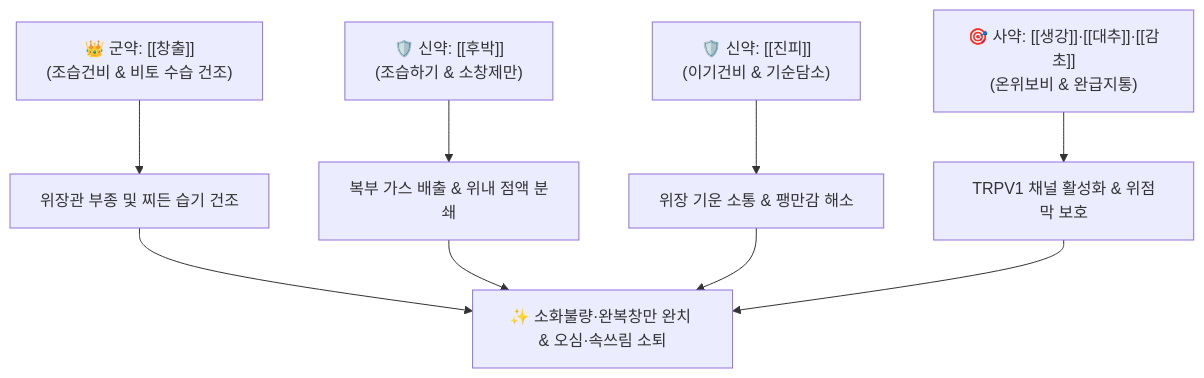
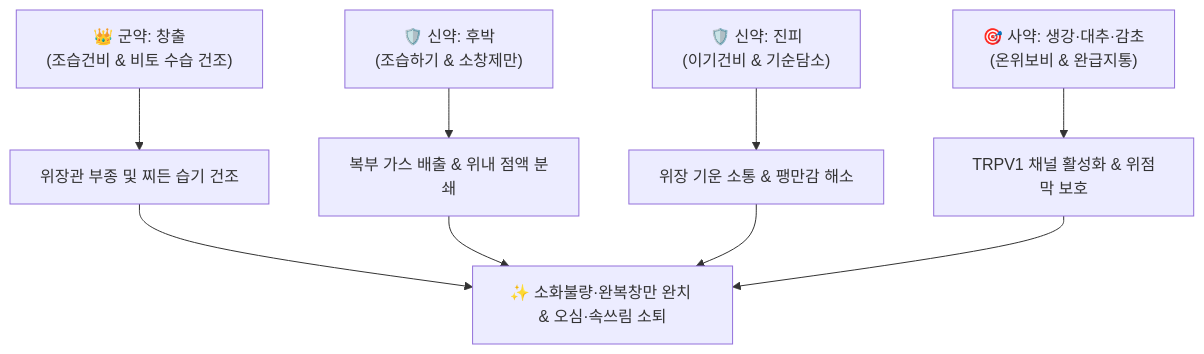
Before and after one commit to simbio11/simbio-digital-garden2: the diagram in content/2. 약리 공부/처방/03_화담·거습·이수제/평위산.md, drawn with Mermaid. The commit also changed other lines of this file and 122 other files, not shown here.

````diff
--- a/content/2. 약리 공부/처방/03_화담·거습·이수제/평위산.md
+++ b/content/2. 약리 공부/처방/03_화담·거습·이수제/평위산.md
@@ -55,11 +55,11 @@
 ```mermaid
 graph TD
-    Gun["👑 군약: [[창출]]<br>(조습건비 & 비토 수습 건조)"] --> Dry["위장관 부종 및 찌든 습기 건조"]
-    Sin1["🛡️ 신약: [[후박]]<br>(조습하기 & 소창제만)"] --> Gas["복부 가스 배출 & 위내 점액 분쇄"]
-    Sin2["🛡️ 신약: [[진피]]<br>(이기건비 & 기순담소)"] --> Flow["위장 기운 소통 & 팽만감 해소"]
-    Sa["🎯 사약: [[생강]]·[[대추]]·[[감초]]<br>(온위보비 & 완급지통)"] --> Protect["TRPV1 채널 활성화 & 위점막 보호"]
+    Gun["👑 군약: 창출<br>(조습건비 & 비토 수습 건조)"] --> Dry["위장관 부종 및 찌든 습기 건조"]
+    Sin1["🛡️ 신약: 후박<br>(조습하기 & 소창제만)"] --> Gas["복부 가스 배출 & 위내 점액 분쇄"]
+    Sin2["🛡️ 신약: 진피<br>(이기건비 & 기순담소)"] --> Flow["위장 기운 소통 & 팽만감 해소"]
+    Sa["🎯 사약: 생강·대추·감초<br>(온위보비 & 완급지통)"] --> Protect["TRPV1 채널 활성화 & 위점막 보호"]
     Dry --> Outcome["✨ 소화불량·완복창만 완치 & 오심·속쓰림 소퇴"]
     Gas --> Outcome
     Flow --> Outcome
     Protect --> Outcome
 ```
````
